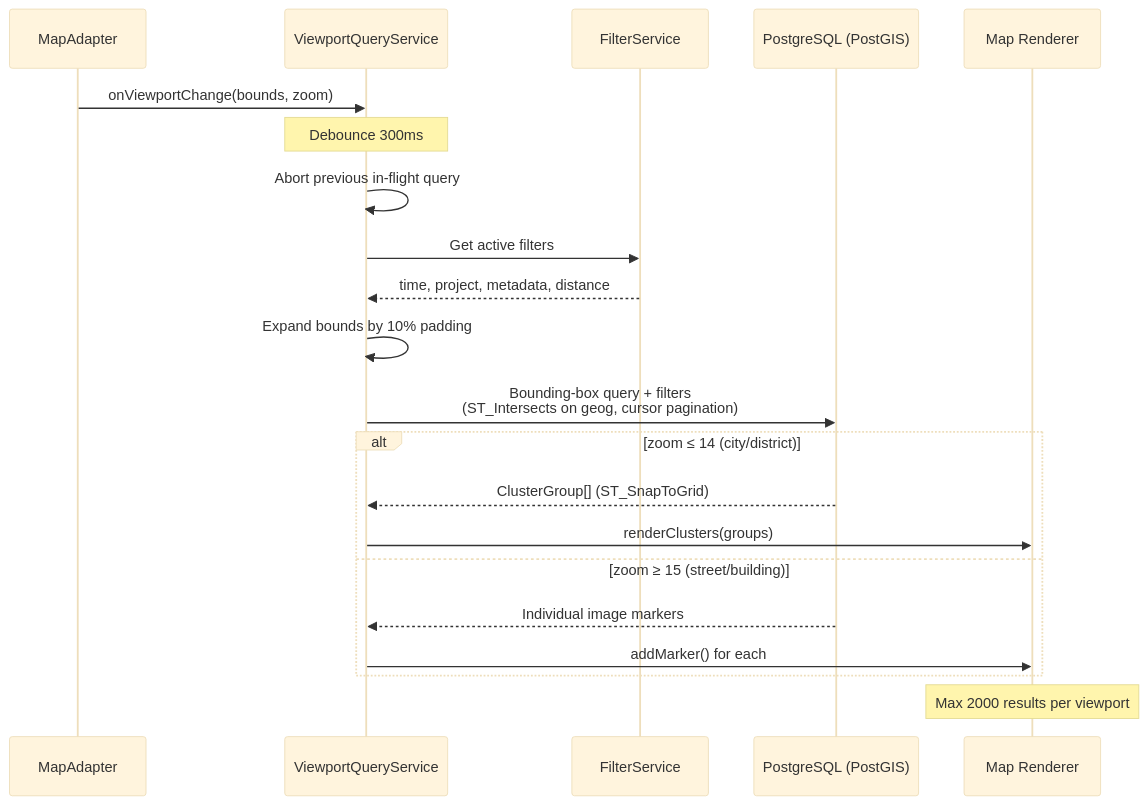
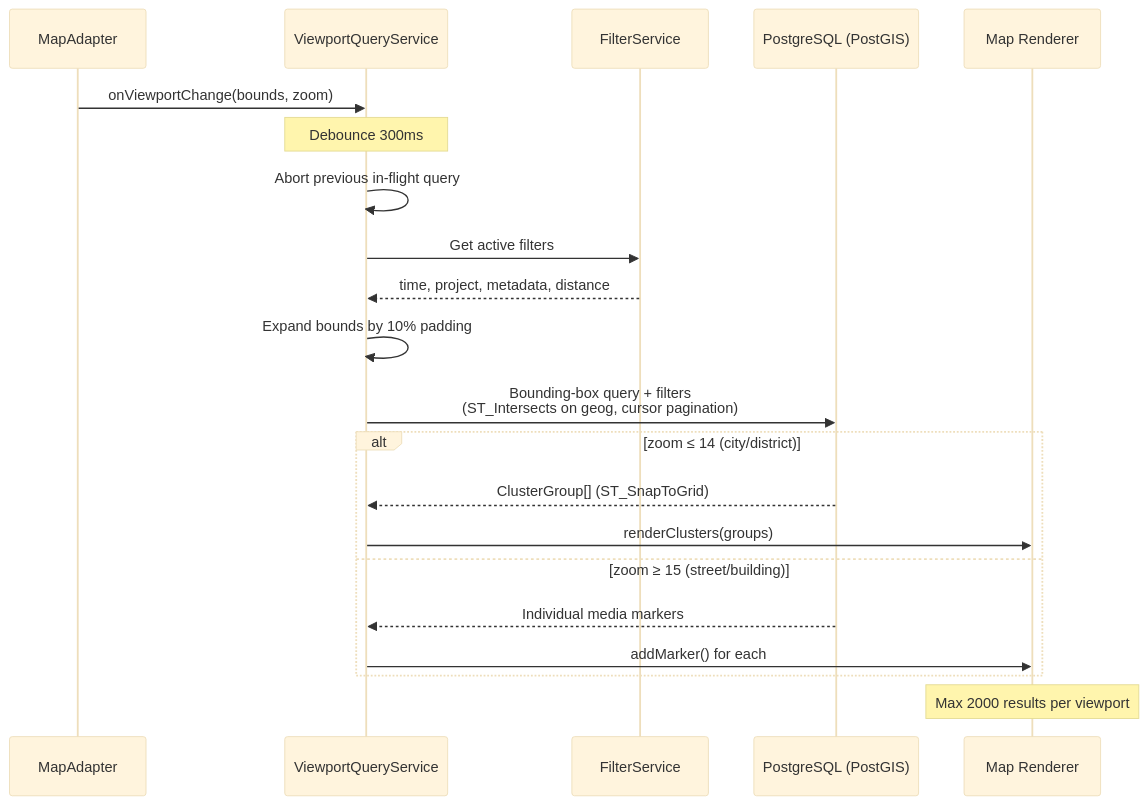
The fifth of 11 diagrams in docs/architecture.md (matkleve/feldpost), drawn with Mermaid (base theme) before and after one commit. The commit also changed other lines of this file and 16 other files, not shown here.

````diff
--- a/docs/architecture.md
+++ b/docs/architecture.md
@@ -662,26 +662,26 @@
 ```mermaid
 sequenceDiagram
   participant Map as MapAdapter
   participant VQS as ViewportQueryService
   participant Filter as FilterService
   participant DB as PostgreSQL (PostGIS)
   participant Render as Map Renderer
 
   Map->>VQS: onViewportChange(bounds, zoom)
   Note over VQS: Debounce 300ms
   VQS->>VQS: Abort previous in-flight query
   VQS->>Filter: Get active filters
   Filter-->>VQS: time, project, metadata, distance
   VQS->>VQS: Expand bounds by 10% padding
   VQS->>DB: Bounding-box query + filters<br/>(ST_Intersects on geog, cursor pagination)
 
   alt zoom ≤ 14 (city/district)
     DB-->>VQS: ClusterGroup[] (ST_SnapToGrid)
     VQS->>Render: renderClusters(groups)
   else zoom ≥ 15 (street/building)
-    DB-->>VQS: Individual image markers
+    DB-->>VQS: Individual media markers
     VQS->>Render: addMarker() for each
   end
 
   Note over Render: Max 2000 results per viewport
 ```
````
